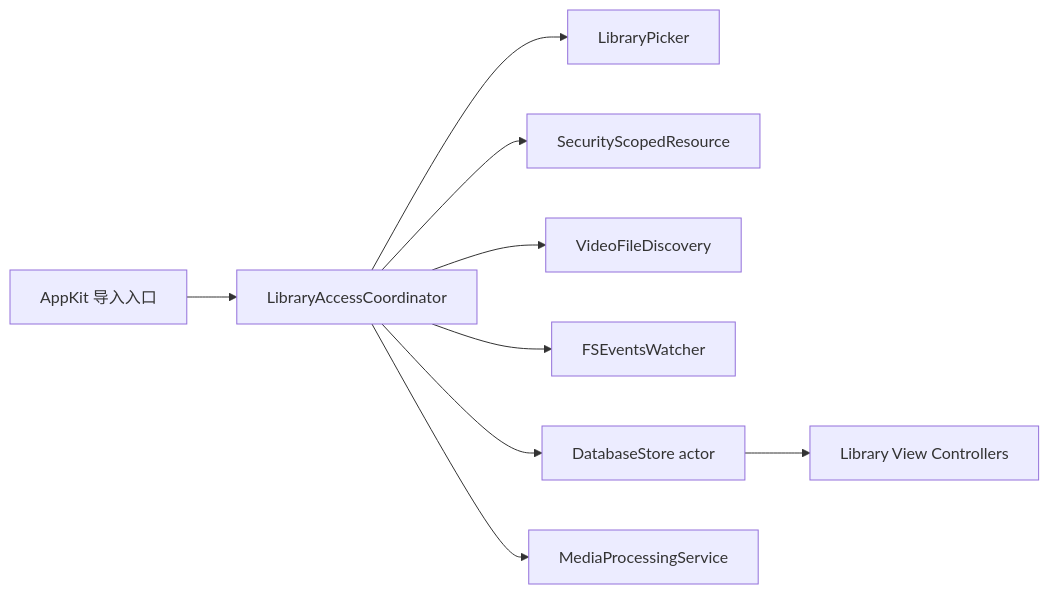
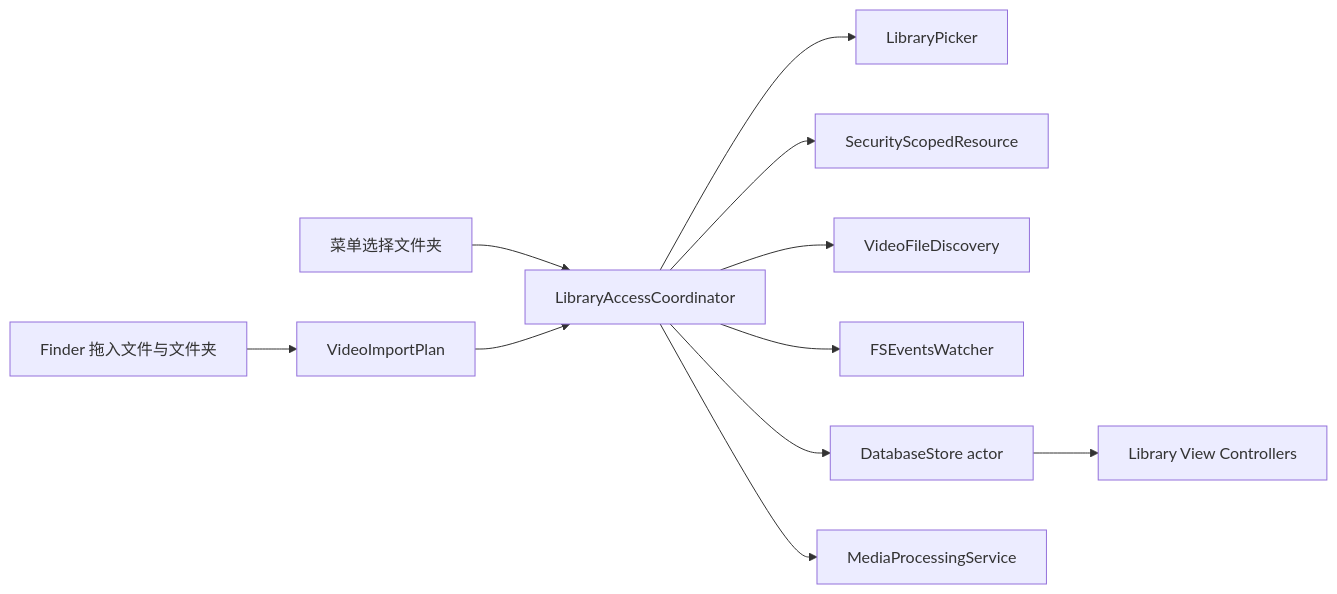
The first of 2 diagrams in docs/product/manual-video-import-design.md (larryisthere/FileFacet), drawn with Mermaid before and after one commit. The commit also changed other lines of this file and 13 other files, not shown here.

````diff
--- a/docs/product/manual-video-import-design.md
+++ b/docs/product/manual-video-import-design.md
@@ -32,11 +33,13 @@
 ```mermaid
 flowchart LR
-    UI["AppKit 导入入口"] --> LC["LibraryAccessCoordinator"]
+    MENU["菜单选择文件夹"] --> LC["LibraryAccessCoordinator"]
+    DROP["Finder 拖入文件与文件夹"] --> PLAN["VideoImportPlan"]
+    PLAN --> LC
     LC --> LP["LibraryPicker"]
     LC --> SR["SecurityScopedResource"]
     LC --> VD["VideoFileDiscovery"]
     LC --> FE["FSEventsWatcher"]
     LC --> DB["DatabaseStore actor"]
     LC --> MP["MediaProcessingService"]
     DB --> VC["Library View Controllers"]
 ```
````
